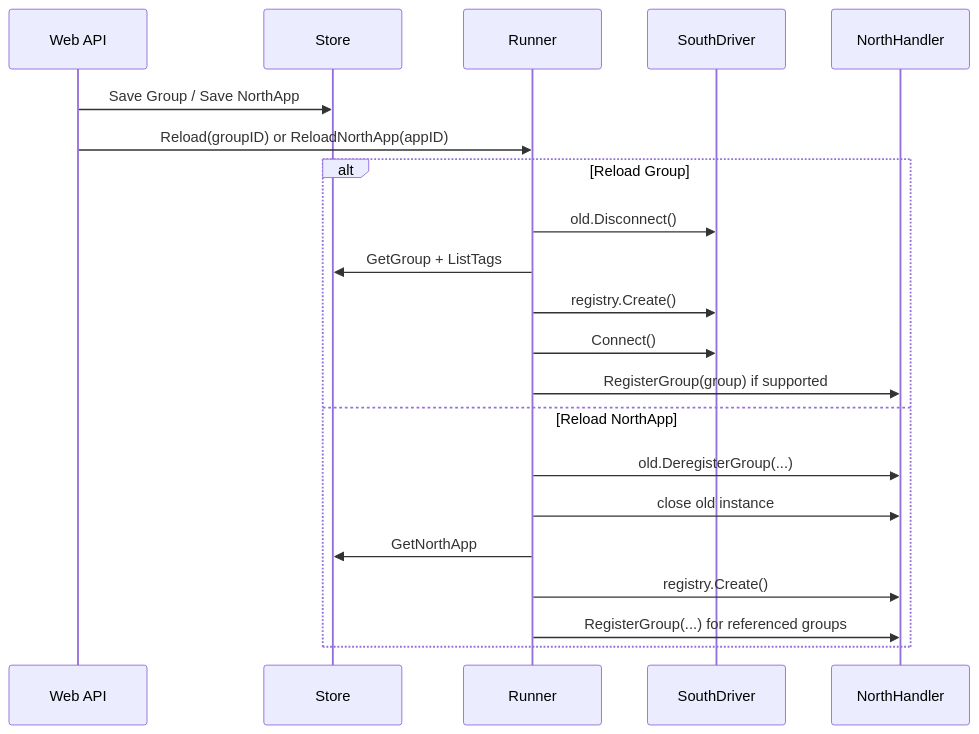
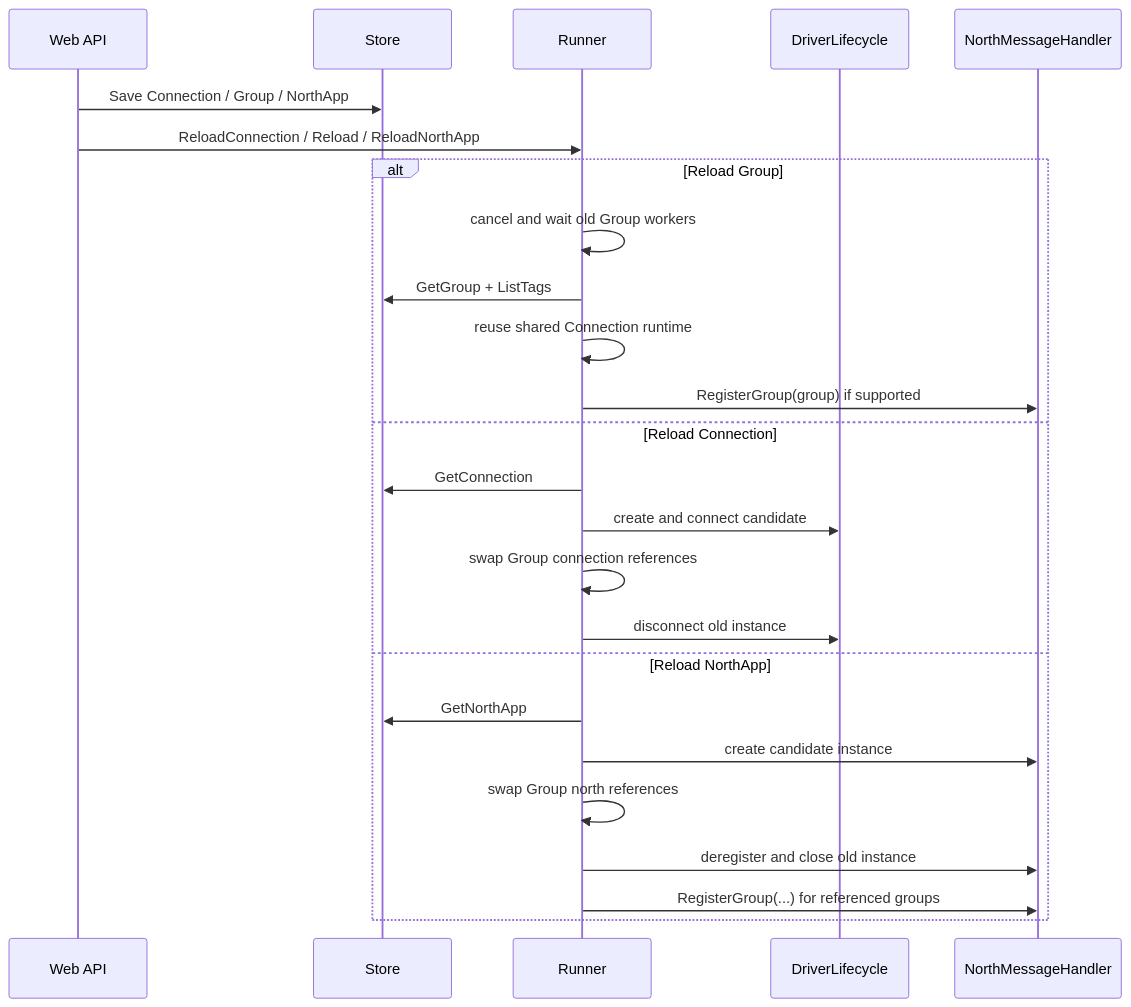
One commit to jhzhang09/jetlinks-edge changed the fifth of 7 diagrams in docs/operations-center-design.md. Above: the diagram before and after it, drawn with Mermaid. The commit also changed other lines of this file and 27 other files, not shown here.

````diff
--- a/docs/operations-center-design.md
+++ b/docs/operations-center-design.md
@@ -434,24 +440,28 @@
 ```mermaid
 sequenceDiagram
     participant API as Web API
     participant Store as Store
     participant Runner as Runner
-    participant Driver as SouthDriver
-    participant North as NorthHandler
+    participant Driver as DriverLifecycle
+    participant North as NorthMessageHandler
 
-    API->>Store: Save Group / Save NorthApp
-    API->>Runner: Reload(groupID) or ReloadNorthApp(appID)
+    API->>Store: Save Connection / Group / NorthApp
+    API->>Runner: ReloadConnection / Reload / ReloadNorthApp
     alt Reload Group
-        Runner->>Driver: old.Disconnect()
+        Runner->>Runner: cancel and wait old Group workers
         Runner->>Store: GetGroup + ListTags
-        Runner->>Driver: registry.Create()
-        Runner->>Driver: Connect()
+        Runner->>Runner: reuse shared Connection runtime
         Runner->>North: RegisterGroup(group) if supported
+    else Reload Connection
+        Runner->>Store: GetConnection
+        Runner->>Driver: create and connect candidate
+        Runner->>Runner: swap Group connection references
+        Runner->>Driver: disconnect old instance
     else Reload NorthApp
-        Runner->>North: old.DeregisterGroup(...)
-        Runner->>North: close old instance
         Runner->>Store: GetNorthApp
-        Runner->>North: registry.Create()
+        Runner->>North: create candidate instance
+        Runner->>Runner: swap Group north references
+        Runner->>North: deregister and close old instance
         Runner->>North: RegisterGroup(...) for referenced groups
     end
 ```
````
